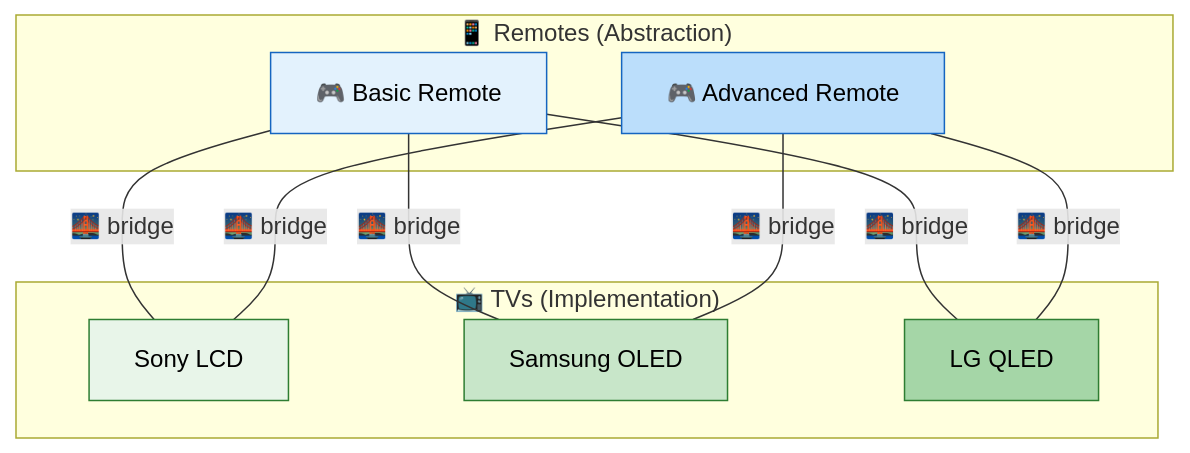
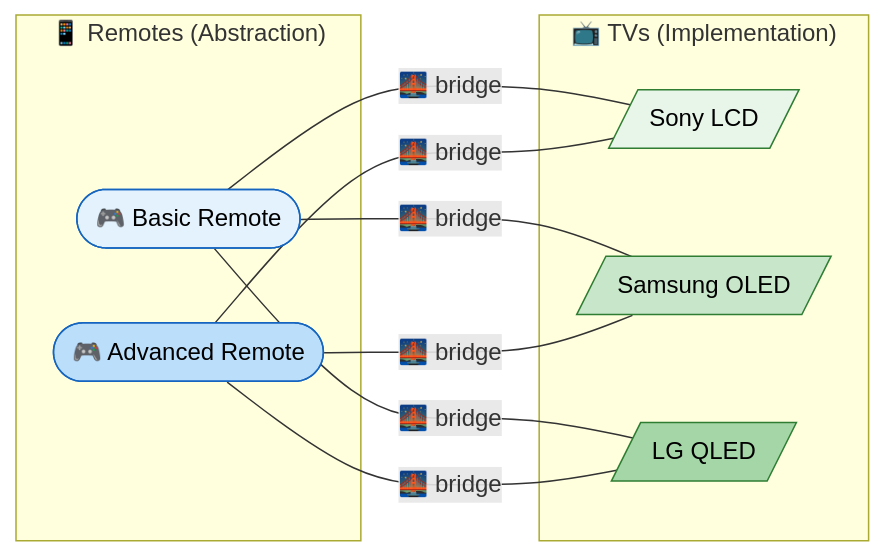
One commit to saivamsikaruturi/vamsilabs-dev-notes-main changed the first of 4 diagrams in docs/designpatterns/structuralDesignPatterns/BridgeDesignPattern.md. Above: the diagram before and after it, drawn with Mermaid. The commit also changed other lines of this file and 146 other files, not shown here.

Commit message:
Horizontal diagrams, UML class diagrams, typography overhaul, and permalink cleanup

````diff
--- a/docs/designpatterns/structuralDesignPatterns/BridgeDesignPattern.md
+++ b/docs/designpatterns/structuralDesignPatterns/BridgeDesignPattern.md
@@ -12,26 +12,26 @@
 ```mermaid
-flowchart TD
+flowchart LR
     subgraph Remotes["📱 Remotes (Abstraction)"]
-        R1["🎮 Basic Remote"]
-        R2["🎮 Advanced Remote"]
+        R1(["🎮 Basic Remote"])
+        R2(["🎮 Advanced Remote"])
     end
     
     subgraph TVs["📺 TVs (Implementation)"]
-        T1["Sony LCD"]
-        T2["Samsung OLED"]
-        T3["LG QLED"]
+        T1[/"Sony LCD"/]
+        T2[/"Samsung OLED"/]
+        T3[/"LG QLED"/]
     end
     
     R1 ---|🌉 bridge| T1
     R1 ---|🌉 bridge| T2
     R1 ---|🌉 bridge| T3
     R2 ---|🌉 bridge| T1
     R2 ---|🌉 bridge| T2
     R2 ---|🌉 bridge| T3
     
     style R1 fill:#E3F2FD,stroke:#1565C0,color:#000
     style R2 fill:#BBDEFB,stroke:#1565C0,color:#000
     style T1 fill:#E8F5E9,stroke:#2E7D32,color:#000
     style T2 fill:#C8E6C9,stroke:#2E7D32,color:#000
     style T3 fill:#A5D6A7,stroke:#2E7D32,color:#000
 ```
````
